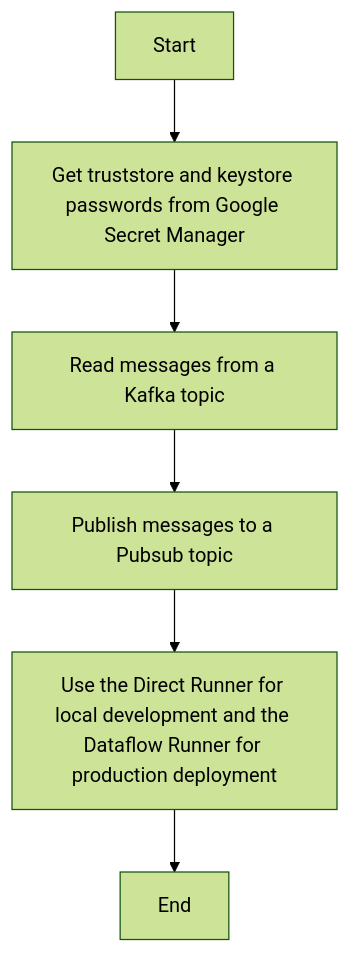
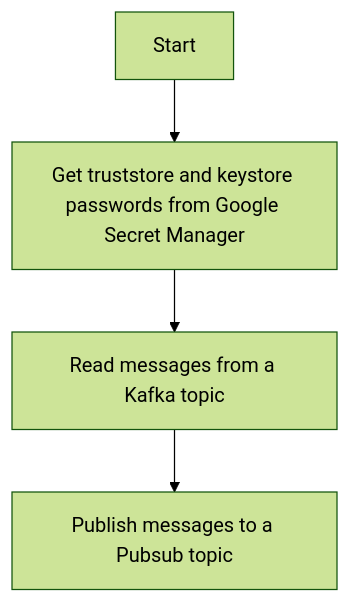
The diagram in README.md (aymanfarhat/kafka2pubsub), drawn with Mermaid (forest theme) before and after one commit.

````diff
--- a/README.md
+++ b/README.md
@@ -11,8 +11,6 @@
 ```mermaid
 graph TD
     A[Start] --> B[Get truststore and keystore passwords from Google Secret Manager]
     B --> C[Read messages from a Kafka topic]
     C --> D[Publish messages to a Pubsub topic]
-    D --> E[Use the Direct Runner for local development and the Dataflow Runner for production deployment]
-    E --> F[End]
 ```
````
